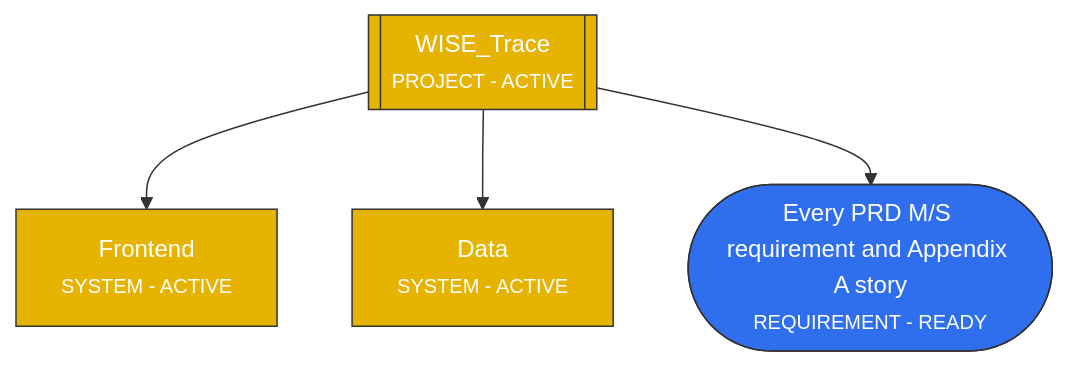
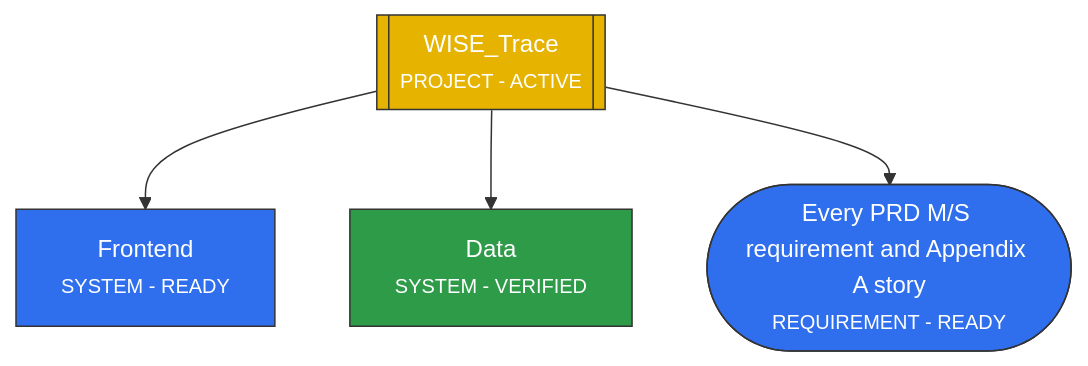
Before and after one commit to ESDUaub2025/WISE_Trace: the diagram in .projectgraph/views/overview.mmd, drawn with Mermaid. The commit also changed 50 other files, not shown here.

```diff
--- a/.projectgraph/views/overview.mmd
+++ b/.projectgraph/views/overview.mmd
@@ -1,20 +1,21 @@
 flowchart TB
     REQ_FULL_MVP(["Every PRD M/S requirement and Appendix A story<br/><small>REQUIREMENT - READY</small>"])
-    SYS_DATA["Data<br/><small>SYSTEM - ACTIVE</small>"]
-    SYS_FRONTEND["Frontend<br/><small>SYSTEM - ACTIVE</small>"]
+    SYS_DATA["Data<br/><small>SYSTEM - VERIFIED</small>"]
+    SYS_FRONTEND["Frontend<br/><small>SYSTEM - READY</small>"]
     WISE_TRACE[["WISE_Trace<br/><small>PROJECT - ACTIVE</small>"]]
     WISE_TRACE --> SYS_FRONTEND
     WISE_TRACE --> SYS_DATA
     WISE_TRACE --> REQ_FULL_MVP
     classDef declared fill:#9e9e9e,stroke:#333,stroke-width:1px,color:#333333;
     classDef ready fill:#2f6fed,stroke:#333,stroke-width:1px,color:#ffffff;
     classDef active fill:#e6b400,stroke:#333,stroke-width:1px,color:#ffffff;
     classDef implemented fill:#128f8f,stroke:#333,stroke-width:1px,color:#ffffff;
     classDef verifying fill:#f08c00,stroke:#333,stroke-width:1px,color:#ffffff;
     classDef verified fill:#2e9b48,stroke:#333,stroke-width:1px,color:#ffffff;
     classDef failed fill:#d32f2f,stroke:#333,stroke-width:1px,color:#ffffff;
     classDef blocked fill:#7b3fbf,stroke:#333,stroke-width:1px,color:#ffffff;
     classDef stale fill:#8d6e3a,stroke:#333,stroke-width:1px,color:#ffffff;
     classDef superseded fill:#c9c9c9,stroke:#333,stroke-width:1px,color:#333333;
-    class SYS_DATA,SYS_FRONTEND,WISE_TRACE active;
-    class REQ_FULL_MVP ready;
+    class WISE_TRACE active;
+    class REQ_FULL_MVP,SYS_FRONTEND ready;
+    class SYS_DATA verified;
```
